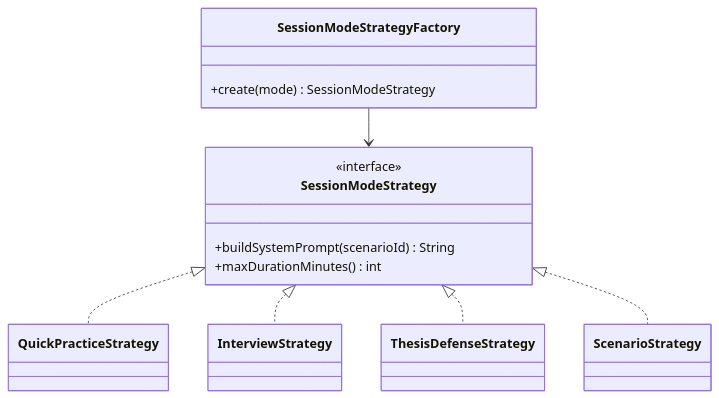
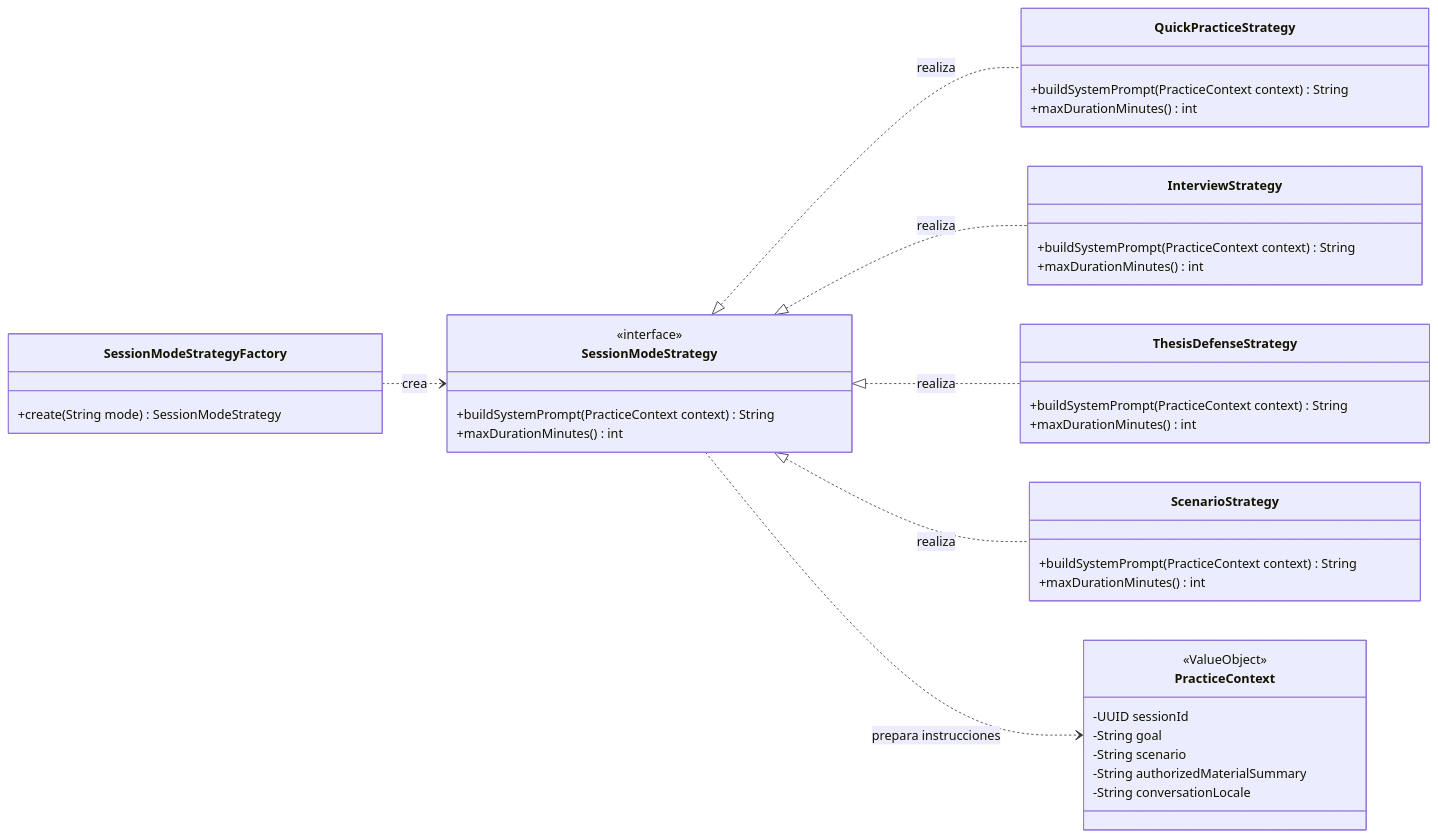
One commit to upc-pre-202620-si728-16365-thropic/talki-project-report changed the diagram in assets/diagrams/tactical/01-live-coaching-classes.mmd. Above: the diagram before and after it, drawn with Mermaid. The commit also changed 4 other files, not shown here.

```diff
--- a/assets/diagrams/tactical/01-live-coaching-classes.mmd
+++ b/assets/diagrams/tactical/01-live-coaching-classes.mmd
@@ -1,20 +1,40 @@
 classDiagram
-
-    class SessionModeStrategyFactory {
-        +create(mode) SessionModeStrategy
-    }
-    class SessionModeStrategy {
-        <<interface>>
-        +buildSystemPrompt(scenarioId) String
-        +maxDurationMinutes() int
-    }
-    class QuickPracticeStrategy
-    class InterviewStrategy
-    class ThesisDefenseStrategy
-    class ScenarioStrategy
-
-    SessionModeStrategy <|.. QuickPracticeStrategy
-    SessionModeStrategy <|.. InterviewStrategy
-    SessionModeStrategy <|.. ThesisDefenseStrategy
-    SessionModeStrategy <|.. ScenarioStrategy
-    SessionModeStrategyFactory --> SessionModeStrategy
+ direction LR
+class SessionModeStrategyFactory {
+  +create(String mode) SessionModeStrategy
+}
+class SessionModeStrategy {
+  <<interface>>
+  +buildSystemPrompt(PracticeContext context) String
+  +maxDurationMinutes() int
+}
+class PracticeContext {
+  <<ValueObject>>
+  -UUID sessionId
+  -String goal
+  -String scenario
+  -String authorizedMaterialSummary
+  -String conversationLocale
+}
+class QuickPracticeStrategy {
+  +buildSystemPrompt(PracticeContext context) String
+  +maxDurationMinutes() int
+}
+class InterviewStrategy {
+  +buildSystemPrompt(PracticeContext context) String
+  +maxDurationMinutes() int
+}
+class ThesisDefenseStrategy {
+  +buildSystemPrompt(PracticeContext context) String
+  +maxDurationMinutes() int
+}
+class ScenarioStrategy {
+  +buildSystemPrompt(PracticeContext context) String
+  +maxDurationMinutes() int
+}
+SessionModeStrategy <|.. QuickPracticeStrategy : realiza
+SessionModeStrategy <|.. InterviewStrategy : realiza
+SessionModeStrategy <|.. ThesisDefenseStrategy : realiza
+SessionModeStrategy <|.. ScenarioStrategy : realiza
+SessionModeStrategyFactory ..> SessionModeStrategy : crea
+SessionModeStrategy ..> PracticeContext : prepara instrucciones
```
